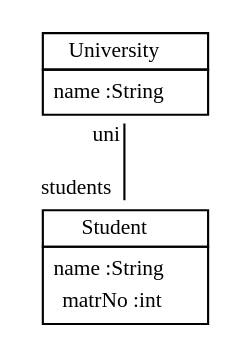
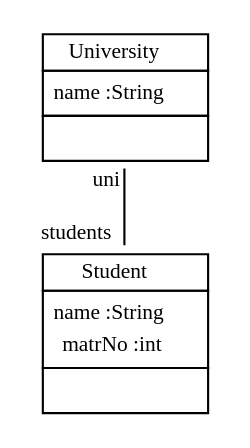
One commit to fujaba/SDMLib changed the diagram in doc/StudyRightClasses03.dot. Above: the diagram before and after it, drawn with Graphviz. The commit also changed 65 other files, not shown here.

```diff
--- a/doc/StudyRightClasses03.dot
+++ b/doc/StudyRightClasses03.dot
@@ -1,13 +1,13 @@
 
  graph ClassDiagram {
     node [shape = none, fontsize = 10]; 
     edge [fontsize = 10];
     
     
-    University [label=<<table border='0' cellborder='1' cellspacing='0'> <tr> <td>University</td> </tr> <tr><td><table border='0' cellborder='0' cellspacing='0'> <tr><td>name :String</td></tr>  </table></td></tr> </table>>];
-    Student [label=<<table border='0' cellborder='1' cellspacing='0'> <tr> <td>Student</td> </tr> <tr><td><table border='0' cellborder='0' cellspacing='0'> <tr><td>name :String</td></tr> <tr><td>matrNo :int</td></tr>  </table></td></tr> </table>>];
+    University [label=<<table border='0' cellborder='1' cellspacing='0'> <tr> <td>University</td> </tr> <tr><td><table border='0' cellborder='0' cellspacing='0'> <tr><td>name :String</td></tr>  </table></td></tr> <tr><td><table border='0' cellborder='0' cellspacing='0'> <tr><td> </td></tr> </table></td></tr> </table>>];
+    Student [label=<<table border='0' cellborder='1' cellspacing='0'> <tr> <td>Student</td> </tr> <tr><td><table border='0' cellborder='0' cellspacing='0'> <tr><td>name :String</td></tr> <tr><td>matrNo :int</td></tr>  </table></td></tr> <tr><td><table border='0' cellborder='0' cellspacing='0'> <tr><td> </td></tr> </table></td></tr> </table>>];
     
     
     
     University -- Student [headlabel = "students" taillabel = "uni"];
 }
```
